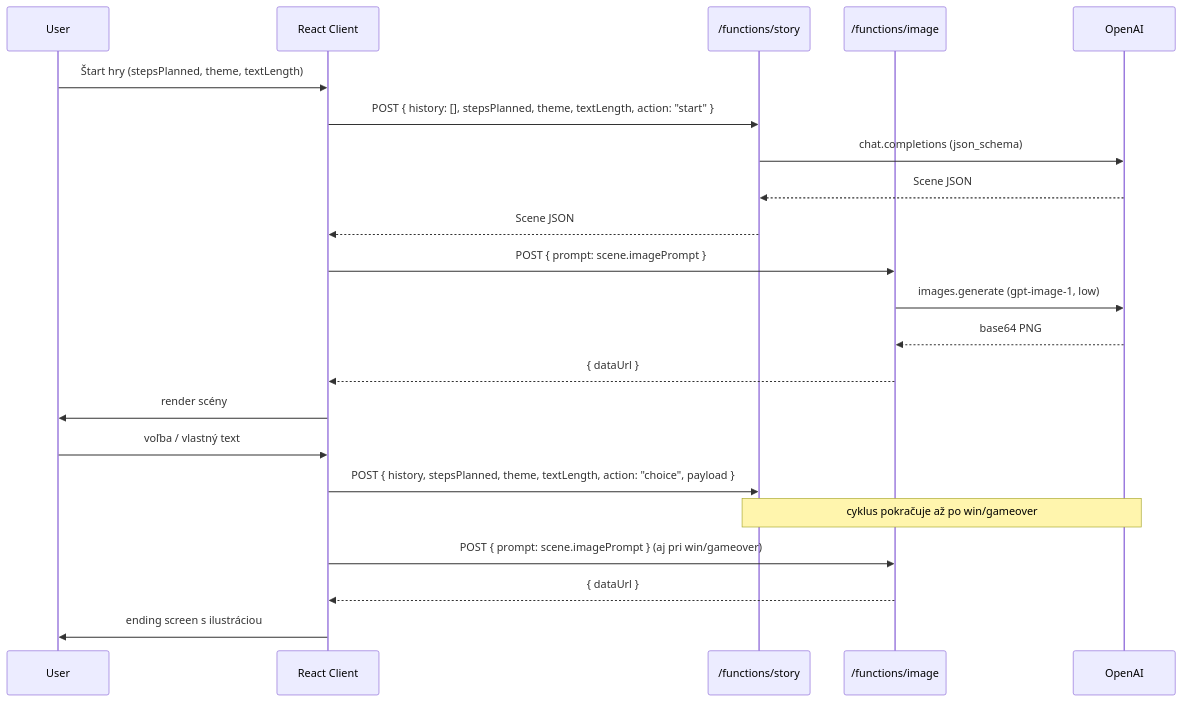
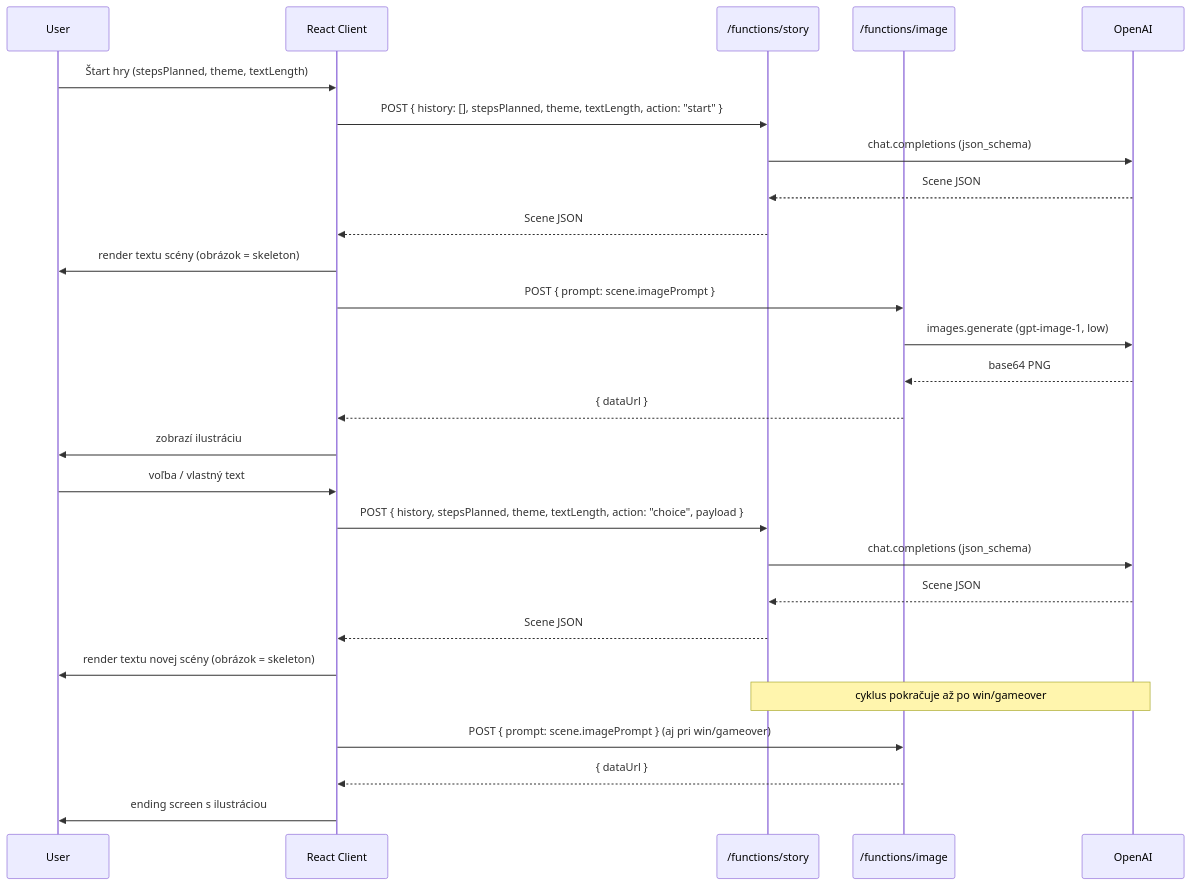
One commit to TomasBencko/hollow-book changed the diagram in .cursor/plans/hollow_book_mvp_d88273a5.plan.md. Above: the diagram before and after it, drawn with Mermaid. The commit also changed other lines of this file and 5 other files, not shown here.

````diff
--- a/.cursor/plans/hollow_book_mvp_d88273a5.plan.md
+++ b/.cursor/plans/hollow_book_mvp_d88273a5.plan.md
@@ -103,25 +103,30 @@
 ```mermaid
 sequenceDiagram
   participant U as User
   participant C as React Client
   participant S as /functions/story
   participant I as /functions/image
   participant O as OpenAI
 
   U->>C: Štart hry (stepsPlanned, theme, textLength)
   C->>S: POST { history: [], stepsPlanned, theme, textLength, action: "start" }
   S->>O: chat.completions (json_schema)
   O-->>S: Scene JSON
   S-->>C: Scene JSON
+  C->>U: render textu scény (obrázok = skeleton)
   C->>I: POST { prompt: scene.imagePrompt }
   I->>O: images.generate (gpt-image-1, low)
   O-->>I: base64 PNG
   I-->>C: { dataUrl }
-  C->>U: render scény
+  C->>U: zobrazí ilustráciu
   U->>C: voľba / vlastný text
   C->>S: POST { history, stepsPlanned, theme, textLength, action: "choice", payload }
+  S->>O: chat.completions (json_schema)
+  O-->>S: Scene JSON
+  S-->>C: Scene JSON
+  C->>U: render textu novej scény (obrázok = skeleton)
   Note over S,O: cyklus pokračuje až po win/gameover
   C->>I: POST { prompt: scene.imagePrompt } (aj pri win/gameover)
   I-->>C: { dataUrl }
   C->>U: ending screen s ilustráciou
 ```
````
